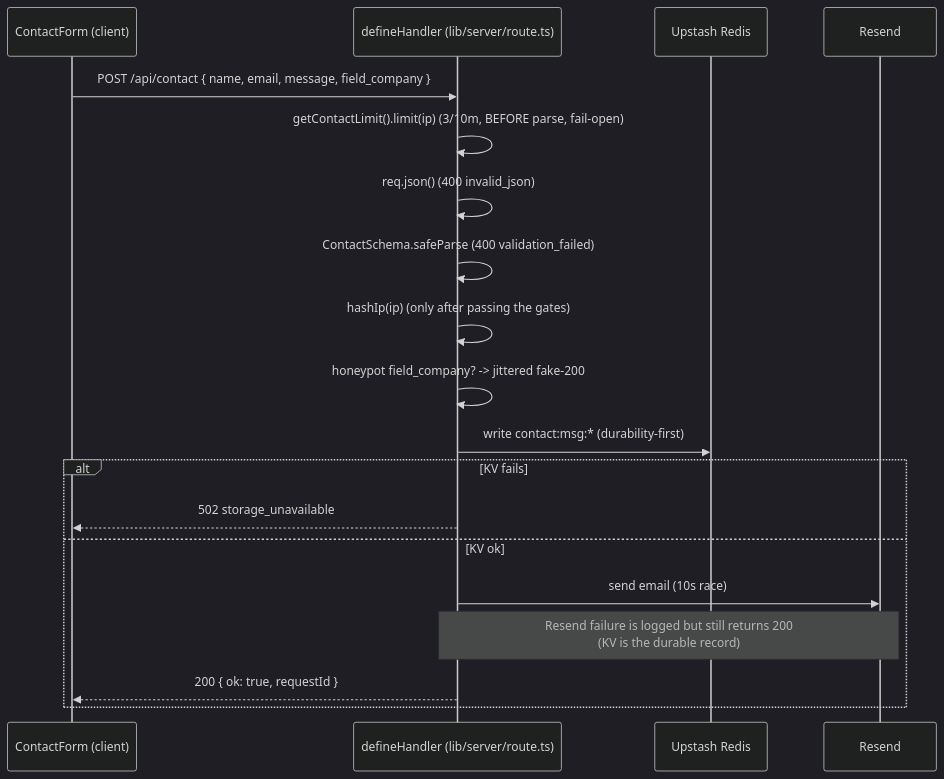
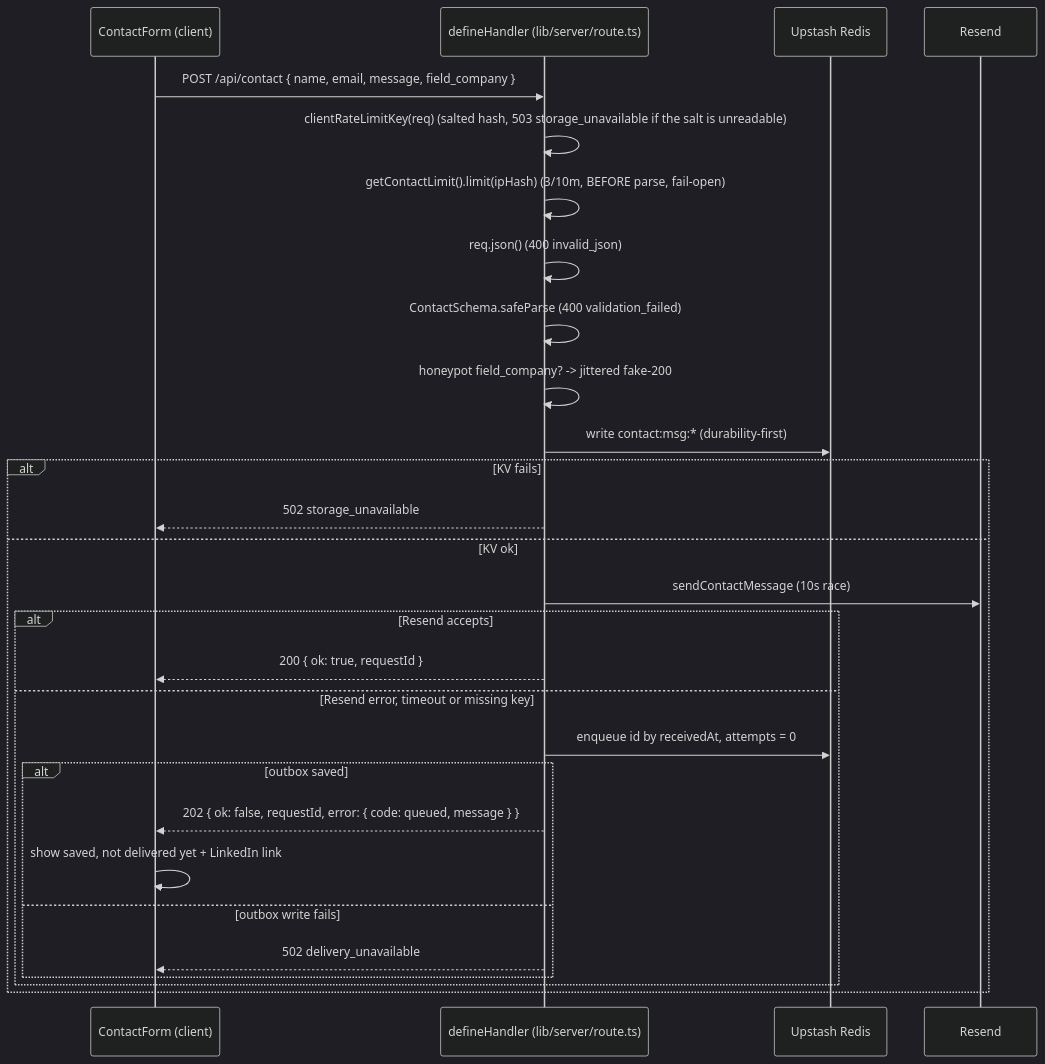
The fifth of 6 diagrams in docs/03-rendering-and-data-flow.md (erikunha/portfolio), drawn with Mermaid (dark theme) before and after one commit. The commit also changed other lines of this file and 1307 other files, not shown here.

````diff
--- a/docs/03-rendering-and-data-flow.md
+++ b/docs/03-rendering-and-data-flow.md
@@ -136,22 +169,31 @@
 ```mermaid
 sequenceDiagram
     participant F as ContactForm (client)
     participant H as defineHandler (lib/server/route.ts)
     participant KV as Upstash Redis
     participant RS as Resend
 
     F->>H: POST /api/contact { name, email, message, field_company }
-    H->>H: getContactLimit().limit(ip)  (3/10m, BEFORE parse, fail-open)
+    H->>H: clientRateLimitKey(req)  (salted hash, 503 storage_unavailable if the salt is unreadable)
+    H->>H: getContactLimit().limit(ipHash)  (3/10m, BEFORE parse, fail-open)
     H->>H: req.json() (400 invalid_json)
     H->>H: ContactSchema.safeParse (400 validation_failed)
-    H->>H: hashIp(ip)  (only after passing the gates)
     H->>H: honeypot field_company? -> jittered fake-200
     H->>KV: write contact:msg:* (durability-first)
     alt KV fails
         H-->>F: 502 storage_unavailable
     else KV ok
-        H->>RS: send email (10s race)
-        Note over H,RS: Resend failure is logged but still returns 200<br/>(KV is the durable record)
-        H-->>F: 200 { ok: true, requestId }
+        H->>RS: sendContactMessage (10s race)
+        alt Resend accepts
+            H-->>F: 200 { ok: true, requestId }
+        else Resend error, timeout or missing key
+            H->>KV: enqueue id by receivedAt, attempts = 0
+            alt outbox saved
+                H-->>F: 202 { ok: false, requestId, error: { code: queued, message } }
+                F->>F: show saved, not delivered yet + LinkedIn link
+            else outbox write fails
+                H-->>F: 502 delivery_unavailable
+            end
+        end
     end
 ```
````
